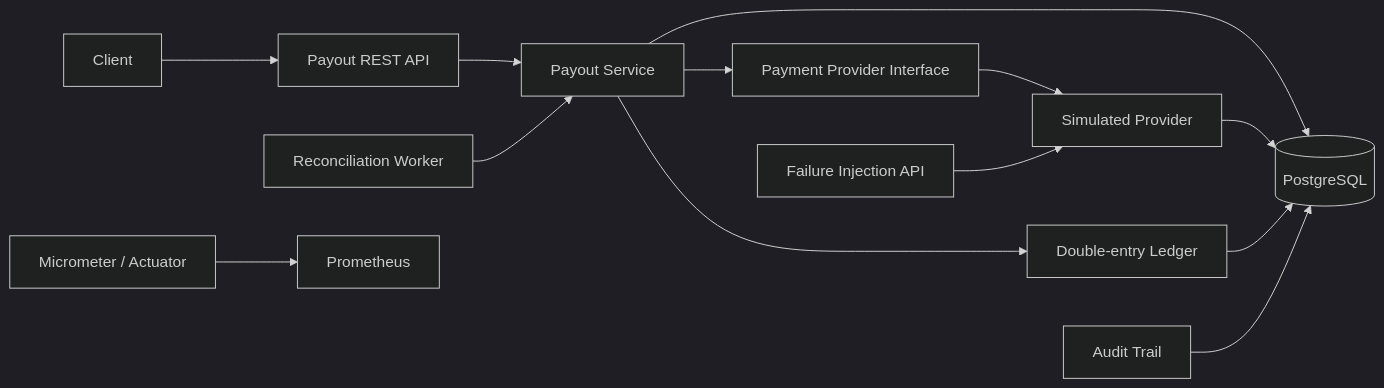
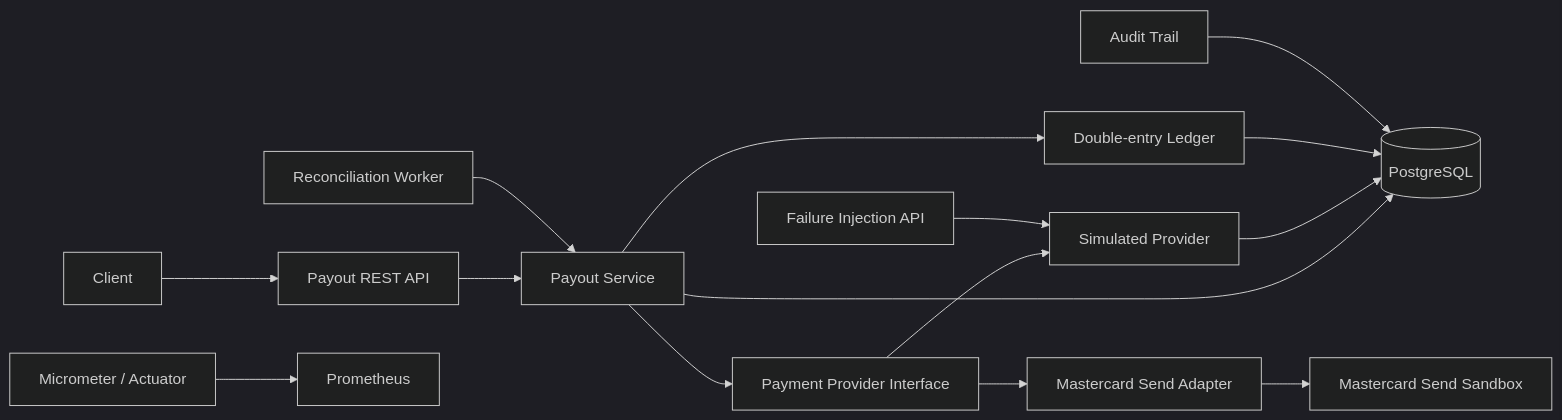
The diagram in README.md (yyan115/payment-processing-simulator), drawn with Mermaid (dark theme) before and after one commit. The commit also changed other lines of this file and 2 other files, not shown here.

````diff
--- a/README.md
+++ b/README.md
@@ -30,15 +30,17 @@
 ```mermaid
 flowchart LR
     C[Client] --> API[Payout REST API]
     API --> S[Payout Service]
     S --> DB[(PostgreSQL)]
     S --> P[Payment Provider Interface]
     P --> SIM[Simulated Provider]
+    P --> MC[Mastercard Send Adapter]
     SIM --> DB
+    MC --> MCS[Mastercard Send Sandbox]
     FI[Failure Injection API] --> SIM
     R[Reconciliation Worker] --> S
     S --> L[Double-entry Ledger]
     L --> DB
     A[Audit Trail] --> DB
     M[Micrometer / Actuator] --> PR[Prometheus]
 ```
````
